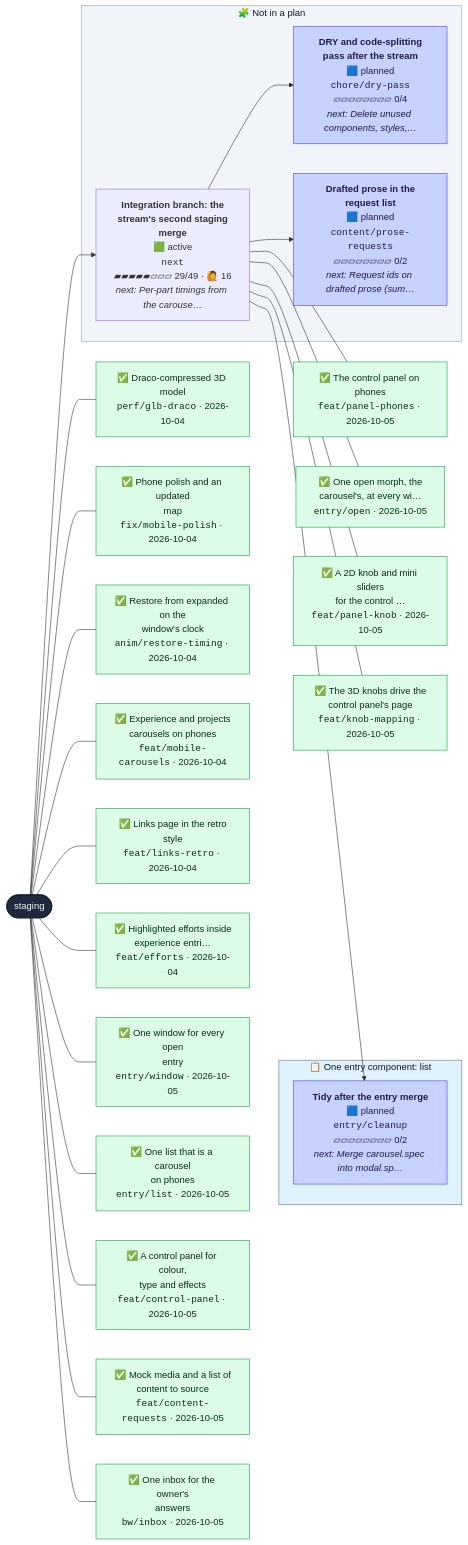
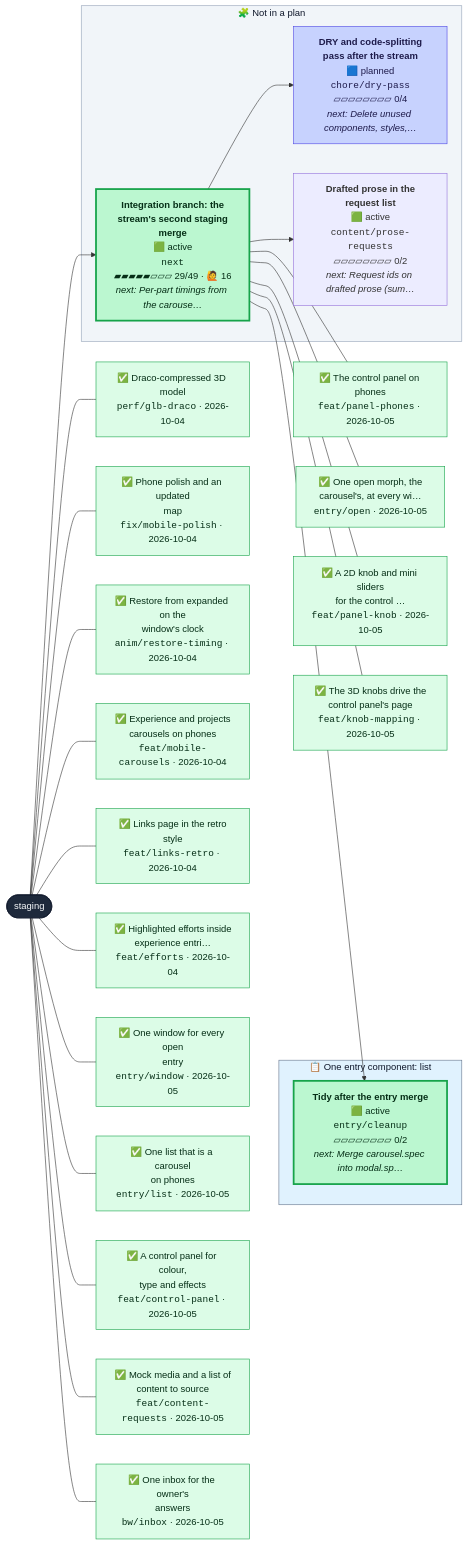
One commit to henryjonescodes/portfolio changed the second of 2 diagrams in CONTRIBUTING.md. Above: the diagram before and after it, drawn with Mermaid. The commit also changed other lines of this file and 1 other file, not shown here.

````diff
--- a/CONTRIBUTING.md
+++ b/CONTRIBUTING.md
@@ -63,77 +75,77 @@
 ```mermaid
 flowchart LR
   n_staging([staging])
   class n_staging trunk
   subgraph plan_0["📋 One entry component: list"]
-    n_entry_cleanup["<b>Tidy after the entry merge</b><br/>🟦 planned<br/><code>entry/cleanup</code><br/>▱▱▱▱▱▱▱▱ 0/2<br/><i>next: Merge carousel.spec into modal.sp…</i>"]
-    class n_entry_cleanup planned
+    n_entry_cleanup["<b>Tidy after the entry merge</b><br/>🟩 active<br/><code>entry/cleanup</code><br/>▱▱▱▱▱▱▱▱ 0/2<br/><i>next: Merge carousel.spec into modal.sp…</i>"]
+    class n_entry_cleanup active
   end
   style plan_0 fill:#e0f2fe,stroke:#64748b,color:#0f172a
   subgraph loose["🧩 Not in a plan"]
     n_chore_dry_pass["<b>DRY and code-splitting<br/>pass after the stream</b><br/>🟦 planned<br/><code>chore/dry-pass</code><br/>▱▱▱▱▱▱▱▱ 0/4<br/><i>next: Delete unused components, styles,…</i>"]
     class n_chore_dry_pass planned
-    n_content_prose_requests["<b>Drafted prose in the<br/>request list</b><br/>🟦 planned<br/><code>content/prose-requests</code><br/>▱▱▱▱▱▱▱▱ 0/2<br/><i>next: Request ids on drafted prose (sum…</i>"]
-    class n_content_prose_requests planned
+    n_content_prose_requests["<b>Drafted prose in the<br/>request list</b><br/>🟩 active<br/><code>content/prose-requests</code><br/>▱▱▱▱▱▱▱▱ 0/2<br/><i>next: Request ids on drafted prose (sum…</i>"]
+    class n_content_prose_requests active,current
     n_next["<b>Integration branch: the<br/>stream's second staging<br/>merge</b><br/>🟩 active<br/><code>next</code><br/>▰▰▰▰▰▱▱▱ 29/49 · 🙋 16<br/><i>next: Per-part timings from the carouse…</i>"]
-    class n_next active,current
+    class n_next active
   end
   style loose fill:#f1f5f9,stroke:#94a3b8,color:#0f172a
   n_next --> n_chore_dry_pass
   n_next --> n_content_prose_requests
   n_next --> n_entry_cleanup
   n_staging --> n_next
   landed_0["✅ Draco-compressed 3D model<br/><code>perf/glb-draco</code> · 2026-10-04"]
   class landed_0 merged
   n_staging --- landed_0
   landed_1["✅ Phone polish and an updated<br/>map<br/><code>fix/mobile-polish</code> · 2026-10-04"]
   class landed_1 merged
   n_staging --- landed_1
   landed_2["✅ Restore from expanded on the<br/>window's clock<br/><code>anim/restore-timing</code> · 2026-10-04"]
   class landed_2 merged
   n_staging --- landed_2
   landed_3["✅ Experience and projects<br/>carousels on phones<br/><code>feat/mobile-carousels</code> · 2026-10-04"]
   class landed_3 merged
   n_staging --- landed_3
   landed_4["✅ Links page in the retro<br/>style<br/><code>feat/links-retro</code> · 2026-10-04"]
   class landed_4 merged
   n_staging --- landed_4
   landed_5["✅ Highlighted efforts inside<br/>experience entri…<br/><code>feat/efforts</code> · 2026-10-04"]
   class landed_5 merged
   n_staging --- landed_5
   landed_6["✅ One window for every open<br/>entry<br/><code>entry/window</code> · 2026-10-05"]
   class landed_6 merged
   n_staging --- landed_6
   landed_7["✅ One list that is a carousel<br/>on phones<br/><code>entry/list</code> · 2026-10-05"]
   class landed_7 merged
   n_staging --- landed_7
   landed_8["✅ A control panel for colour,<br/>type and effects<br/><code>feat/control-panel</code> · 2026-10-05"]
   class landed_8 merged
   n_staging --- landed_8
   landed_9["✅ Mock media and a list of<br/>content to source<br/><code>feat/content-requests</code> · 2026-10-05"]
   class landed_9 merged
   n_staging --- landed_9
   landed_10["✅ One inbox for the owner's<br/>answers<br/><code>bw/inbox</code> · 2026-10-05"]
   class landed_10 merged
   n_staging --- landed_10
   landed_11["✅ The control panel on phones<br/><code>feat/panel-phones</code> · 2026-10-05"]
   class landed_11 merged
   n_next --- landed_11
   landed_12["✅ One open morph, the<br/>carousel's, at every wi…<br/><code>entry/open</code> · 2026-10-05"]
   class landed_12 merged
   n_next --- landed_12
   landed_13["✅ A 2D knob and mini sliders<br/>for the control …<br/><code>feat/panel-knob</code> · 2026-10-05"]
   class landed_13 merged
   n_next --- landed_13
   landed_14["✅ The 3D knobs drive the<br/>control panel's page<br/><code>feat/knob-mapping</code> · 2026-10-05"]
   class landed_14 merged
   n_next --- landed_14
   classDef merged fill:#dcfce7,stroke:#16a34a,color:#052e16
   classDef todo fill:#ffffff,stroke:#94a3b8,stroke-dasharray:2 2,color:#334155
   classDef planned fill:#c7d2fe,stroke:#4f46e5,color:#1e1b4b
   classDef sketched fill:#f8fafc,stroke:#64748b,stroke-dasharray:4 3,color:#334155
   classDef active fill:#bbf7d0,stroke:#16a34a,stroke-width:3px,color:#052e16
   classDef review fill:#fde68a,stroke:#d97706,stroke-width:3px,color:#451a03
   classDef blocked fill:#fecaca,stroke:#dc2626,stroke-width:3px,color:#450a0a
   classDef trunk fill:#1e293b,stroke:#0f172a,color:#f8fafc
   classDef current stroke:#0ea5e9,stroke-width:5px
 ```
````
